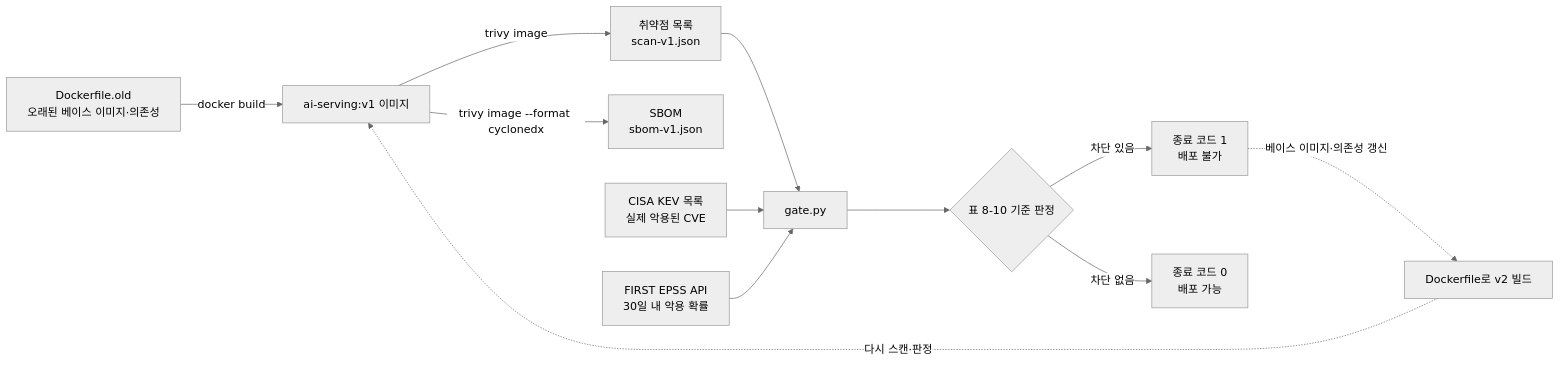
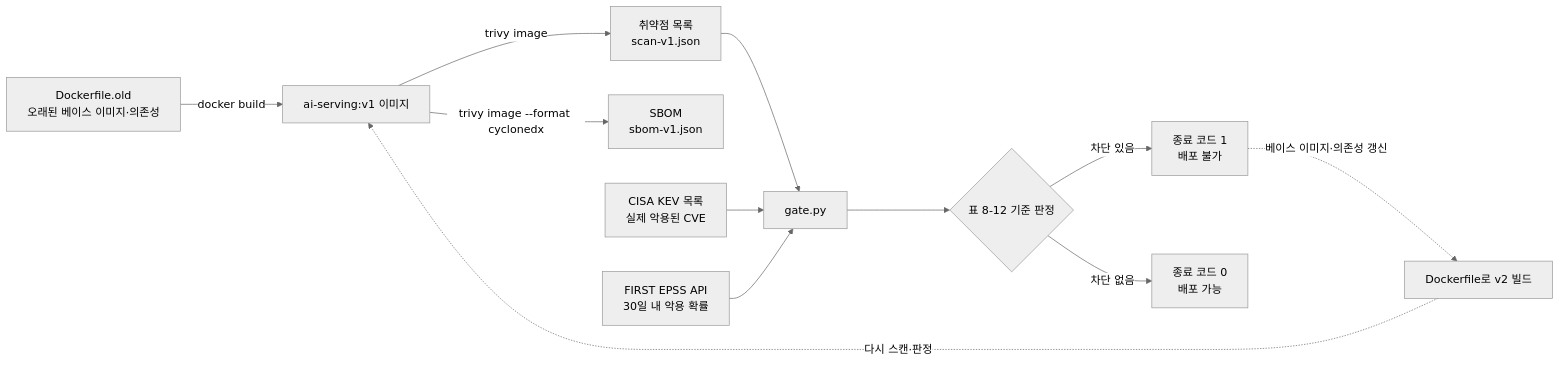
One commit to cloudsec-0101/ai-cloud-security-labs changed the first of 3 diagrams in ch08-devsecops-image-gate/README.md. Above: the diagram before and after it, drawn with Mermaid (neutral theme). The commit also changed other lines of this file and 25 other files, not shown here.

````diff
--- a/ch08-devsecops-image-gate/README.md
+++ b/ch08-devsecops-image-gate/README.md
@@ -38,14 +38,14 @@
 ```mermaid
 flowchart LR
     A["Dockerfile.old<br/>오래된 베이스 이미지·의존성"] -->|docker build| B["ai-serving:v1 이미지"]
     B -->|trivy image| C["취약점 목록<br/>scan-v1.json"]
     B -->|"trivy image --format cyclonedx"| D["SBOM<br/>sbom-v1.json"]
     C --> E["gate.py"]
     K["CISA KEV 목록<br/>실제 악용된 CVE"] --> E
     P["FIRST EPSS API<br/>30일 내 악용 확률"] --> E
-    E --> F{"표 8-10 기준 판정"}
+    E --> F{"표 8-12 기준 판정"}
     F -->|차단 있음| G["종료 코드 1<br/>배포 불가"]
     F -->|차단 없음| H["종료 코드 0<br/>배포 가능"]
     G -.->|베이스 이미지·의존성 갱신| I["Dockerfile로 v2 빌드"]
     I -.->|다시 스캔·판정| B
 ```
````
